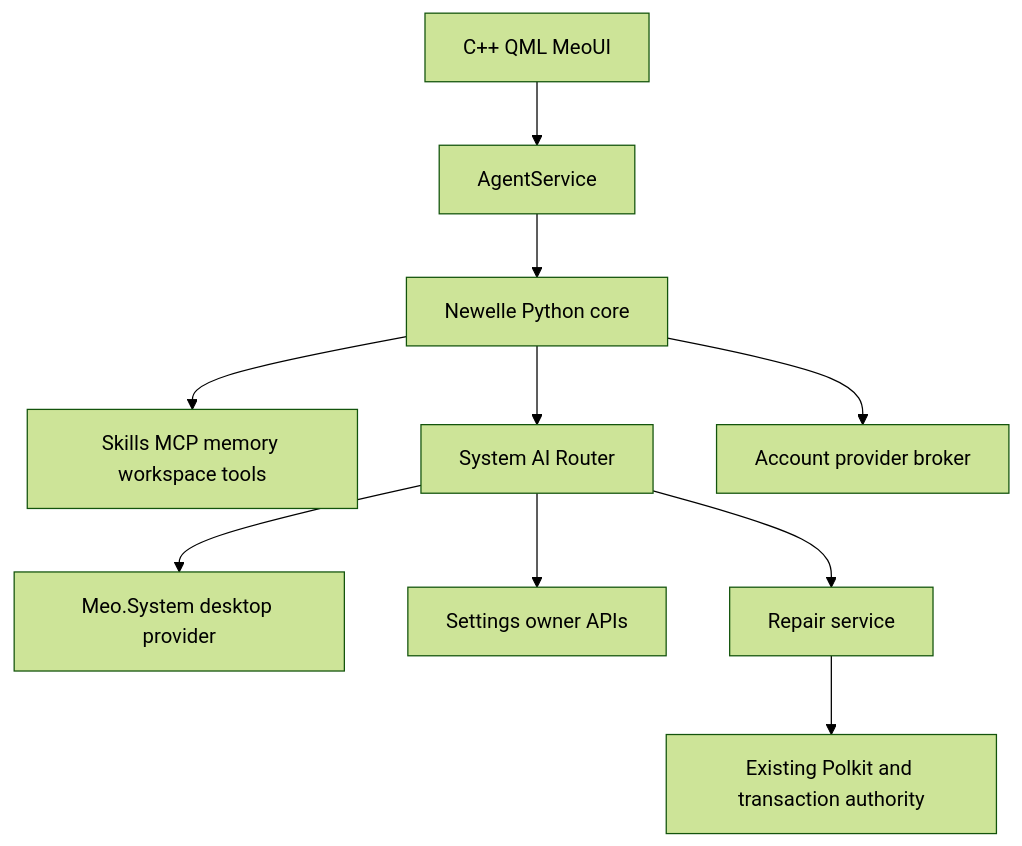
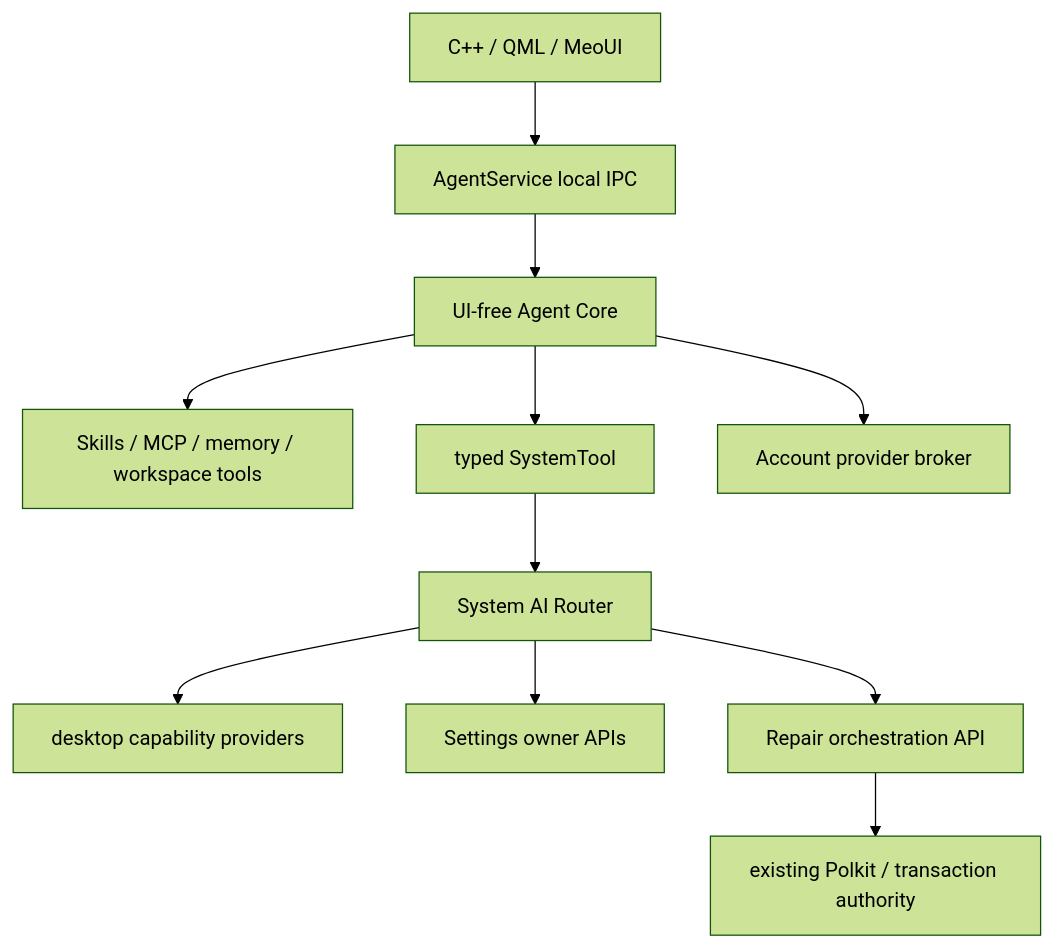
Before and after one commit to QwQdoge/meo-ai: the diagram in meo/docs/architecture.md, drawn with Mermaid (forest theme). The commit also changed other lines of this file and 54 other files, not shown here.

First line of the commit message:
Build headless AgentService and typed SystemTool foundation (#2)

````diff
--- a/meo/docs/architecture.md
+++ b/meo/docs/architecture.md
@@ -34,12 +28,13 @@
 ```mermaid
 flowchart TD
-    UI[C++ QML MeoUI] --> IPC[AgentService]
-    IPC --> Core[Newelle Python core]
-    Core --> Tools[Skills MCP memory workspace tools]
-    Core --> Router[System AI Router]
-    Router --> KDE[Meo.System desktop provider]
+    UI[C++ / QML / MeoUI] --> IPC[AgentService local IPC]
+    IPC --> Core[UI-free Agent Core]
+    Core --> Tools[Skills / MCP / memory / workspace tools]
+    Core --> SystemTool[typed SystemTool]
+    SystemTool --> Router[System AI Router]
+    Router --> KDE[desktop capability providers]
     Router --> Settings[Settings owner APIs]
-    Router --> Repair[Repair service]
-    Repair --> Priv[Existing Polkit and transaction authority]
+    Router --> Repair[Repair orchestration API]
+    Repair --> Priv[existing Polkit / transaction authority]
     Core --> Account[Account provider broker]
 ```
````
